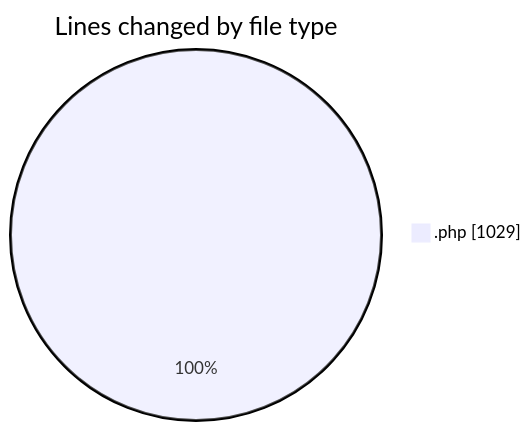
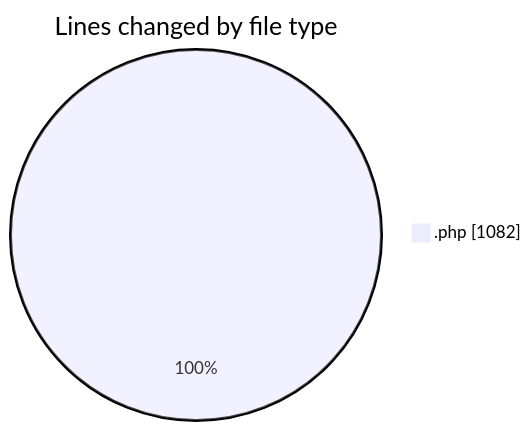
Before and after one commit to debugP/code-tracking: the first of 2 diagrams in 2026-07-30/untitled__workspace_/README.md, drawn with Mermaid. The commit also changed other lines of this file and 1 other file, not shown here.

````diff
--- a/2026-07-30/untitled__workspace_/README.md
+++ b/2026-07-30/untitled__workspace_/README.md
@@ -20,5 +20,5 @@
 ```mermaid
 pie showData
 title Lines changed by file type
-".php" : 1029
+".php" : 1082
 ```
````
